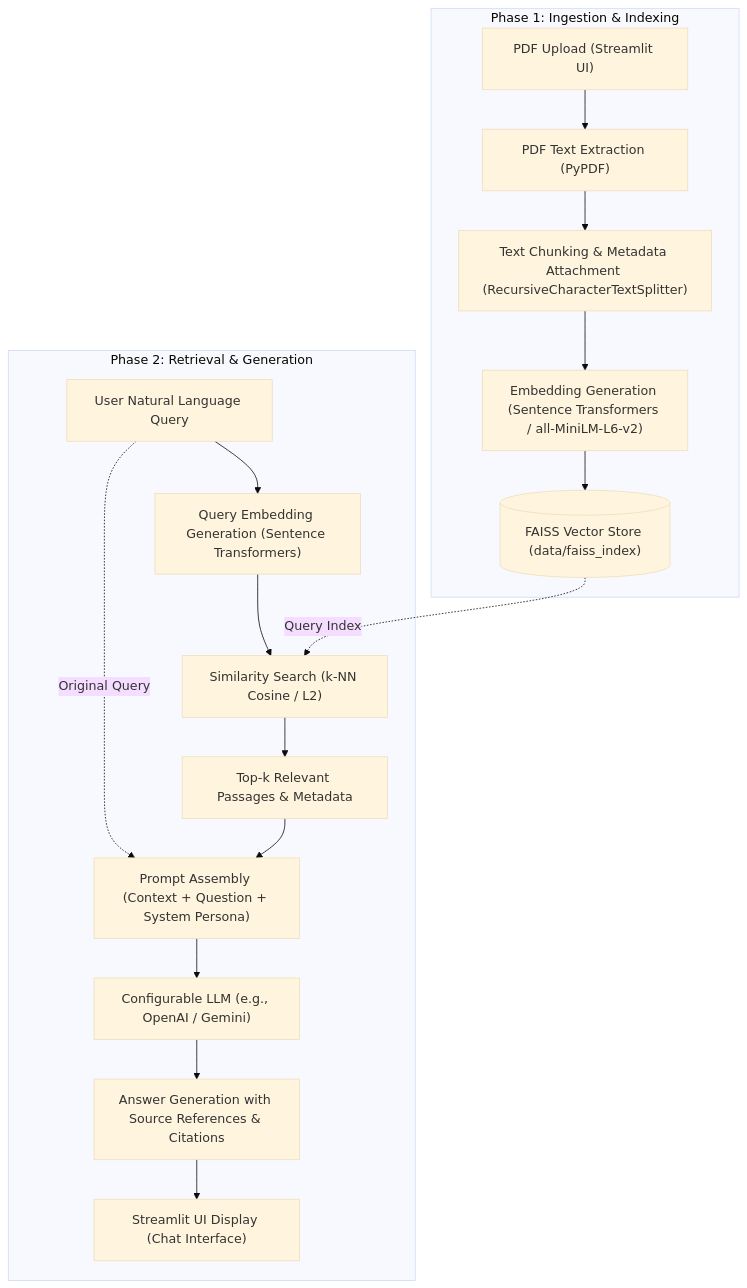
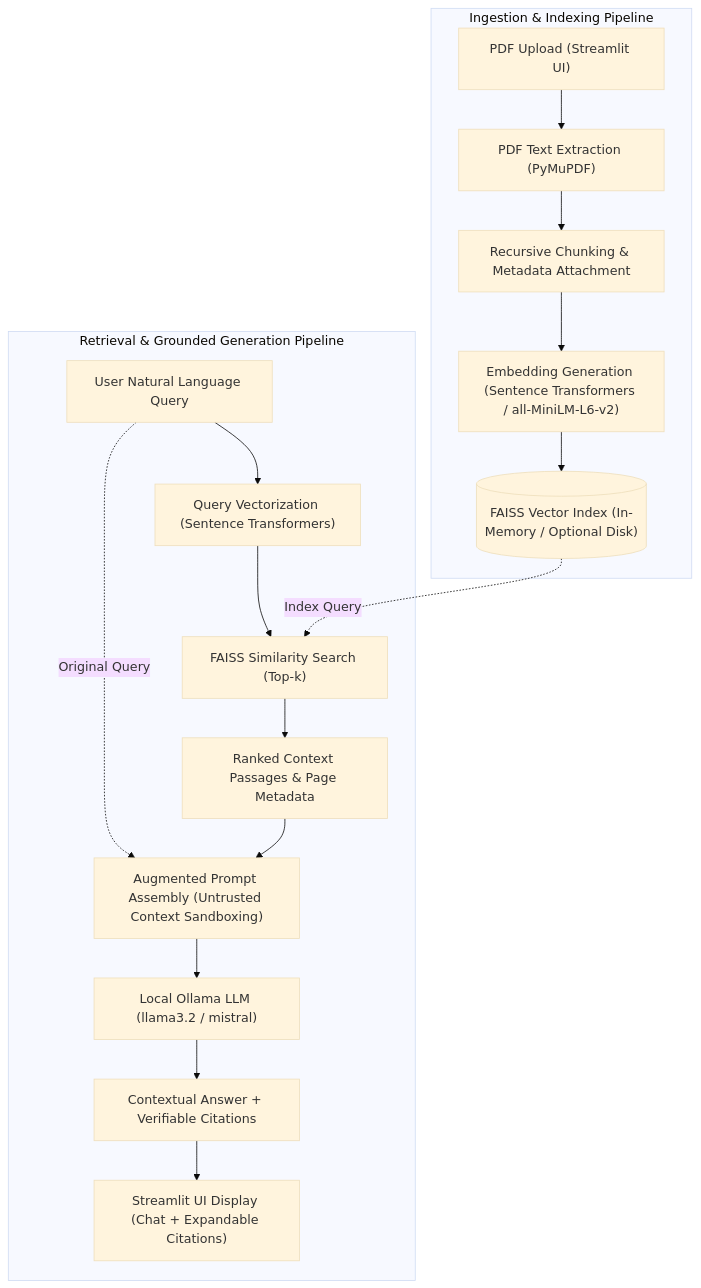
One commit to gaganhg08/SmartDocs changed the diagram in docs/architecture.md. Above: the diagram before and after it, drawn with Mermaid (base theme). The commit also changed other lines of this file and 21 other files, not shown here.

````diff
--- a/docs/architecture.md
+++ b/docs/architecture.md
@@ -15,21 +11,21 @@
 ```mermaid
 flowchart TD
-    subgraph Ingestion["Phase 1: Ingestion & Indexing"]
-        A["PDF Upload (Streamlit UI)"] --> B["PDF Text Extraction (PyPDF)"]
-        B --> C["Text Chunking & Metadata Attachment (RecursiveCharacterTextSplitter)"]
+    subgraph Ingestion["Ingestion & Indexing Pipeline"]
+        A["PDF Upload (Streamlit UI)"] --> B["PDF Text Extraction (PyMuPDF)"]
+        B --> C["Recursive Chunking & Metadata Attachment"]
         C --> D["Embedding Generation (Sentence Transformers / all-MiniLM-L6-v2)"]
-        D --> E[("FAISS Vector Store (data/faiss_index)")]
+        D --> E[("FAISS Vector Index (In-Memory / Optional Disk)")]
     end
 
-    subgraph QueryExecution["Phase 2: Retrieval & Generation"]
-        F["User Natural Language Query"] --> G["Query Embedding Generation (Sentence Transformers)"]
-        G --> H["Similarity Search (k-NN Cosine / L2)"]
-        E -.->|Query Index| H
-        H --> I["Top-k Relevant Passages & Metadata"]
-        I --> J["Prompt Assembly (Context + Question + System Persona)"]
+    subgraph QueryExecution["Retrieval & Grounded Generation Pipeline"]
+        F["User Natural Language Query"] --> G["Query Vectorization (Sentence Transformers)"]
+        G --> H["FAISS Similarity Search (Top-k)"]
+        E -.->|Index Query| H
+        H --> I["Ranked Context Passages & Page Metadata"]
+        I --> J["Augmented Prompt Assembly (Untrusted Context Sandboxing)"]
         F -.->|Original Query| J
-        J --> K["Configurable LLM (e.g., OpenAI / Gemini)"]
-        K --> L["Answer Generation with Source References & Citations"]
-        L --> M["Streamlit UI Display (Chat Interface)"]
+        J --> K["Local Ollama LLM (llama3.2 / mistral)"]
+        K --> L["Contextual Answer + Verifiable Citations"]
+        L --> M["Streamlit UI Display (Chat + Expandable Citations)"]
     end
 ```
````
